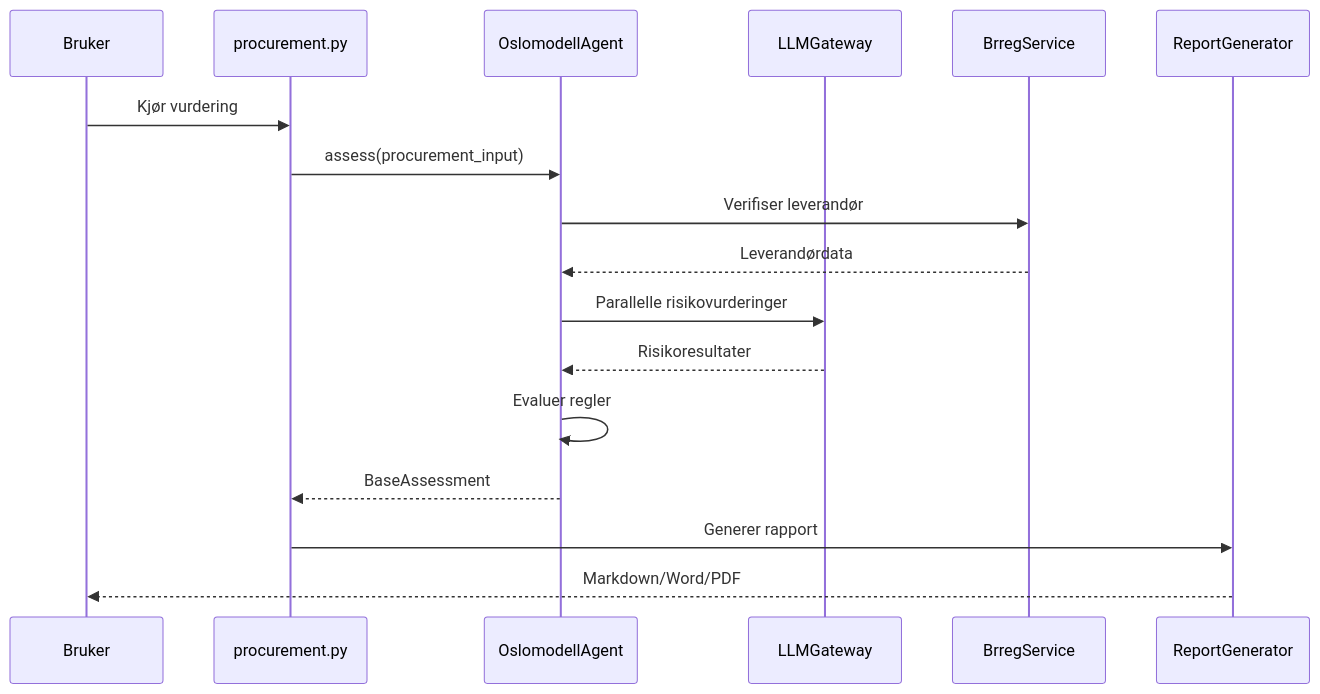
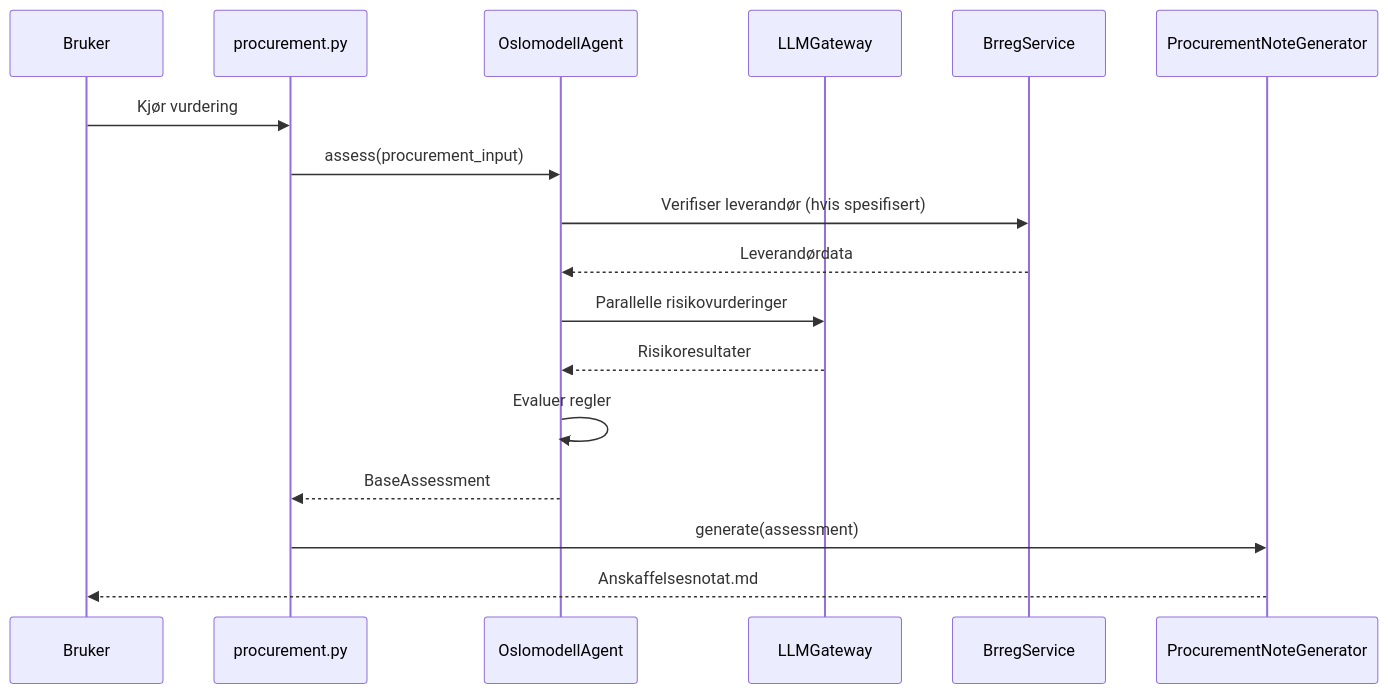
One commit to khjohns/Procurement_assistance changed the second of 2 diagrams in README.md. Above: the diagram before and after it, drawn with Mermaid. The commit also changed other lines of this file, not shown here.

````diff
--- a/README.md
+++ b/README.md
@@ -309,20 +204,20 @@
 ```mermaid
 sequenceDiagram
     participant U as Bruker
     participant P as procurement.py
     participant O as OslomodellAgent
     participant L as LLMGateway
     participant B as BrregService
-    participant R as ReportGenerator
+    participant N as ProcurementNoteGenerator
 
     U->>P: Kjør vurdering
     P->>O: assess(procurement_input)
-    O->>B: Verifiser leverandør
+    O->>B: Verifiser leverandør (hvis spesifisert)
     B-->>O: Leverandørdata
     O->>L: Parallelle risikovurderinger
     L-->>O: Risikoresultater
     O->>O: Evaluer regler
     O-->>P: BaseAssessment
-    P->>R: Generer rapport
-    R-->>U: Markdown/Word/PDF
+    P->>N: generate(assessment)
+    N-->>U: Anskaffelsesnotat.md
 ```
````
